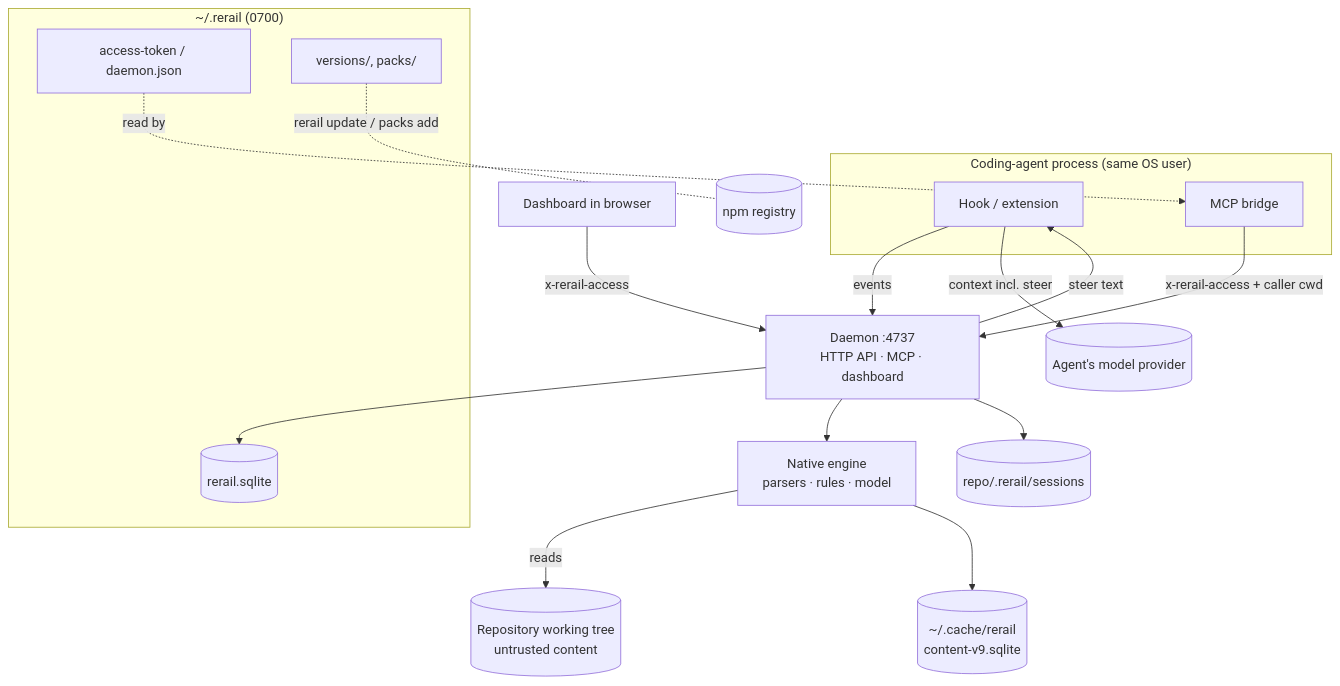
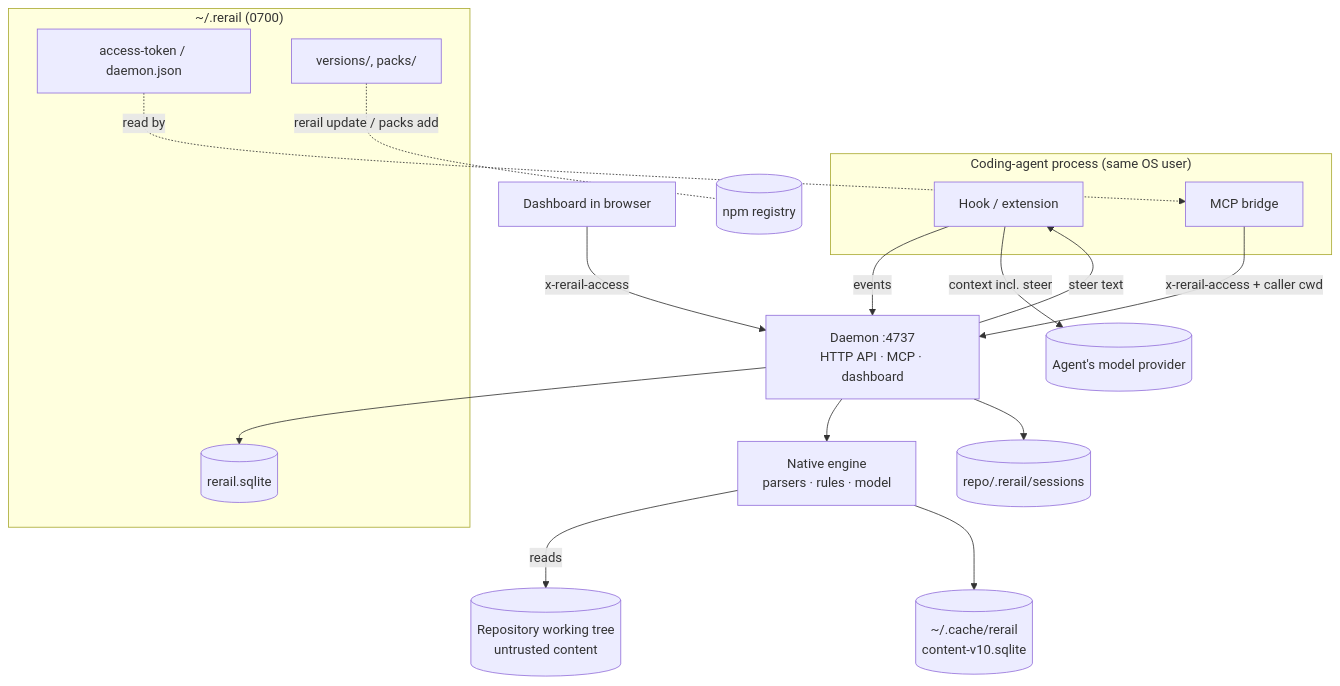
The diagram in docs/threat-model.md (neralabs/rerail), drawn with Mermaid before and after one commit. The commit also changed other lines of this file and 17 other files, not shown here.

````diff
--- a/docs/threat-model.md
+++ b/docs/threat-model.md
@@ -22,33 +22,33 @@
 ```mermaid
 flowchart TD
   subgraph Agent["Coding-agent process (same OS user)"]
     H[Hook / extension]
     B[MCP bridge]
   end
   Repo[(Repository working tree<br/>untrusted content)]
   subgraph Home["~/.rerail (0700)"]
     DB[(rerail.sqlite)]
     Tok[access-token / daemon.json]
     Ver[versions/, packs/]
   end
-  Cache[(~/.cache/rerail<br/>content-v9.sqlite)]
+  Cache[(~/.cache/rerail<br/>content-v10.sqlite)]
   Ledger[(repo/.rerail/sessions)]
   D[Daemon :4737<br/>HTTP API · MCP · dashboard]
   E[Native engine<br/>parsers · rules · model]
   Browser[Dashboard in browser]
   NPM[(npm registry)]
   Provider[(Agent's model provider)]
 
   H -- events --> D
   B -- x-rerail-access + caller cwd --> D
   Browser -- x-rerail-access --> D
   D --> E
   E -- reads --> Repo
   D --> DB
   D --> Ledger
   E --> Cache
   D -- steer text --> H
   H -- context incl. steer --> Provider
   Ver -. rerail update / packs add .- NPM
   Tok -. read by .-> B
 ```
````
